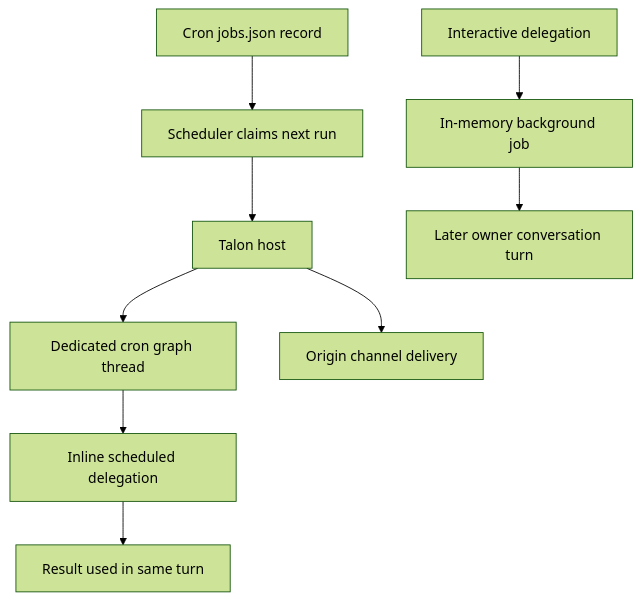
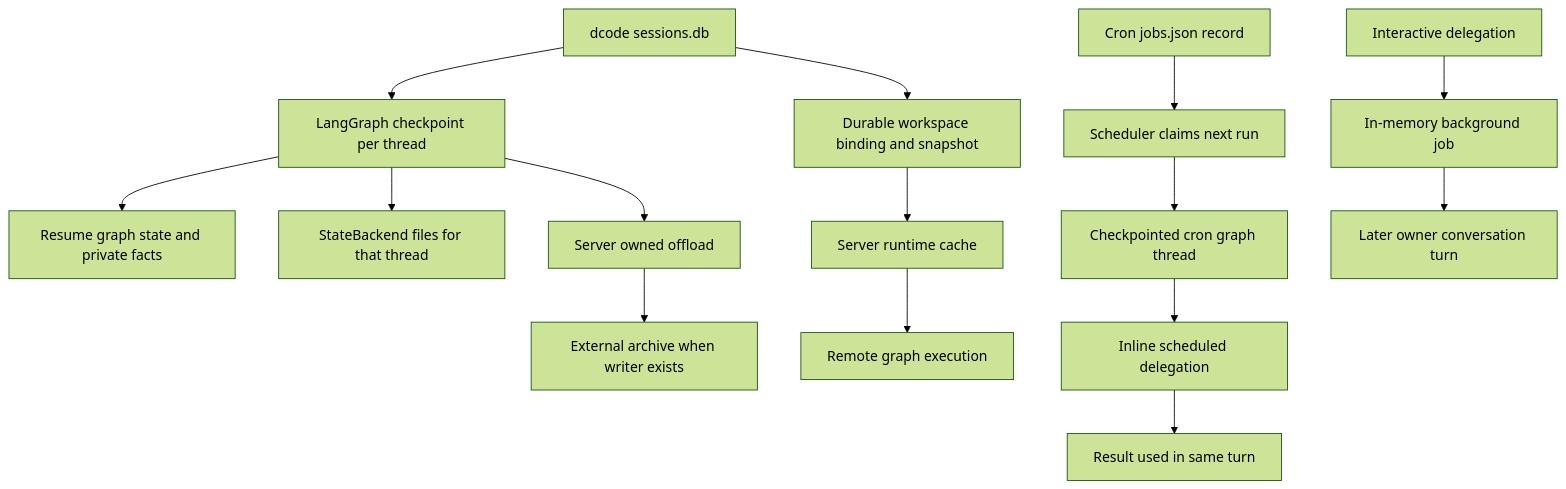
Before and after one commit to langchain-ai/deepagents: the first of 2 diagrams in openwiki/concepts/state-persistence.md, drawn with Mermaid (forest theme). The commit also changed other lines of this file and 34 other files, not shown here.

````diff
--- a/openwiki/concepts/state-persistence.md
+++ b/openwiki/concepts/state-persistence.md
@@ -73,11 +35,17 @@
 ```mermaid
 flowchart TD
+    CP["LangGraph checkpoint per thread"] --> Resume["Resume graph state and private facts"]
+    CP --> StateFiles["StateBackend files for that thread"]
+    DB["dcode sessions.db"] --> CP
+    DB --> Binding["Durable workspace binding and snapshot"]
+    Binding --> Runtime["Server runtime cache"]
+    Runtime --> ServerRun["Remote graph execution"]
+    CP --> Offload["Server owned offload"]
+    Offload --> Archive["External archive when writer exists"]
     Job["Cron jobs.json record"] --> Scheduler["Scheduler claims next run"]
-    Scheduler --> Host["Talon host"]
-    Host --> Thread["Dedicated cron graph thread"]
-    Thread --> Inline["Inline scheduled delegation"]
-    Inline --> Reply["Result used in same turn"]
-    Host --> Delivery["Origin channel delivery"]
+    Scheduler --> CronThread["Checkpointed cron graph thread"]
+    CronThread --> Inline["Inline scheduled delegation"]
+    Inline --> SameTurn["Result used in same turn"]
     Chat["Interactive delegation"] --> Memory["In-memory background job"]
     Memory --> Later["Later owner conversation turn"]
 ```
````
